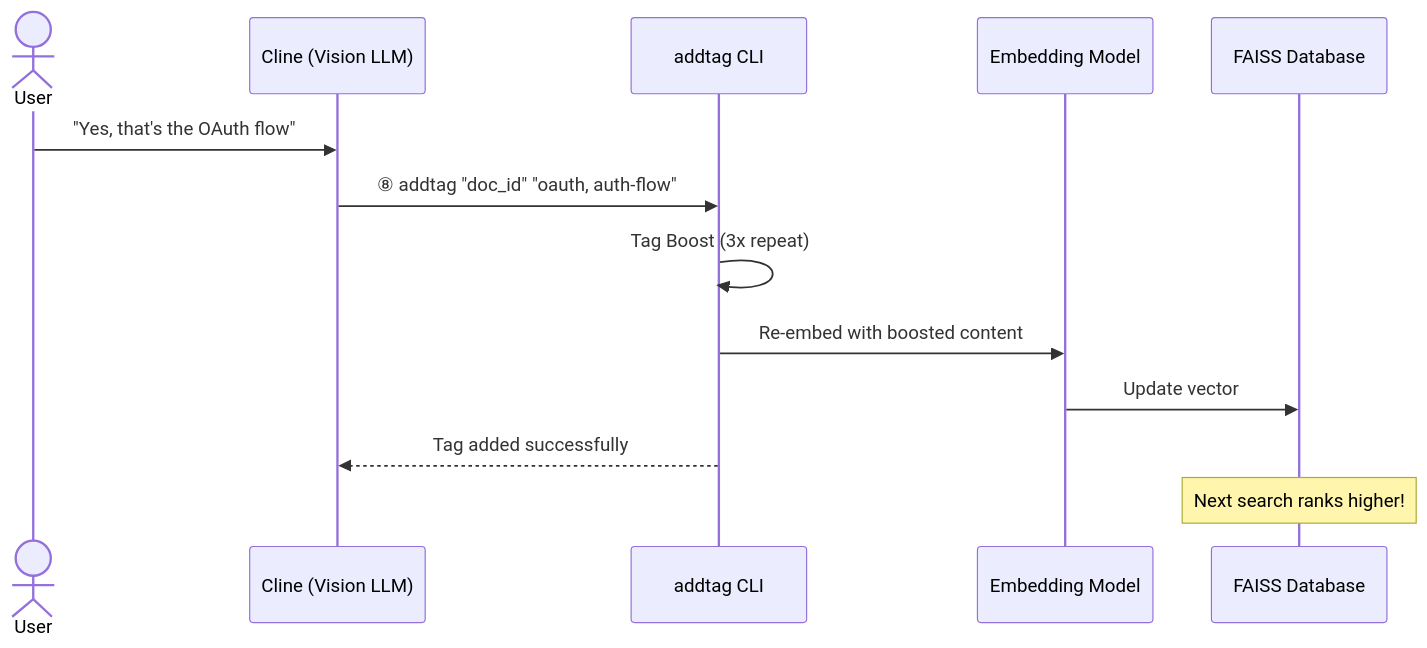
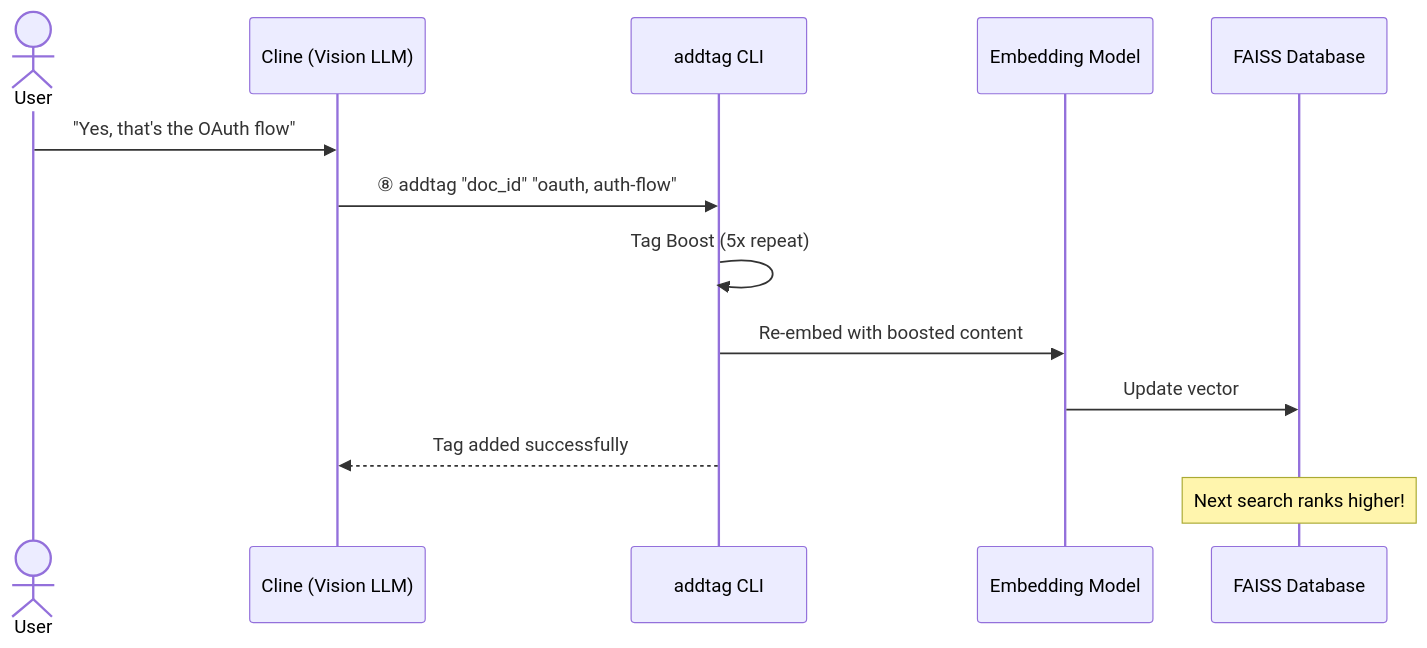
One commit to ngcix/doc-rag changed the third of 4 diagrams in report-doc/11-report-clineSR-withRAG.md. Above: the diagram before and after it, drawn with Mermaid. The commit also changed other lines of this file and 7 other files, not shown here.

````diff
--- a/report-doc/11-report-clineSR-withRAG.md
+++ b/report-doc/11-report-clineSR-withRAG.md
@@ -48,16 +48,16 @@
 ```mermaid
 sequenceDiagram
     actor User
     participant Cline as Cline (Vision LLM)
     participant CLI as addtag CLI
     participant Embed as Embedding Model
     participant DB as FAISS Database
 
     User->>Cline: "Yes, that's the OAuth flow"
     Cline->>CLI: ⑧ addtag "doc_id" "oauth, auth-flow"
-    CLI->>CLI: Tag Boost (3x repeat)
+    CLI->>CLI: Tag Boost (5x repeat)
     CLI->>Embed: Re-embed with boosted content
     Embed->>DB: Update vector
     CLI-->>Cline: Tag added successfully
     Note over DB: Next search ranks higher!
 ```
````
